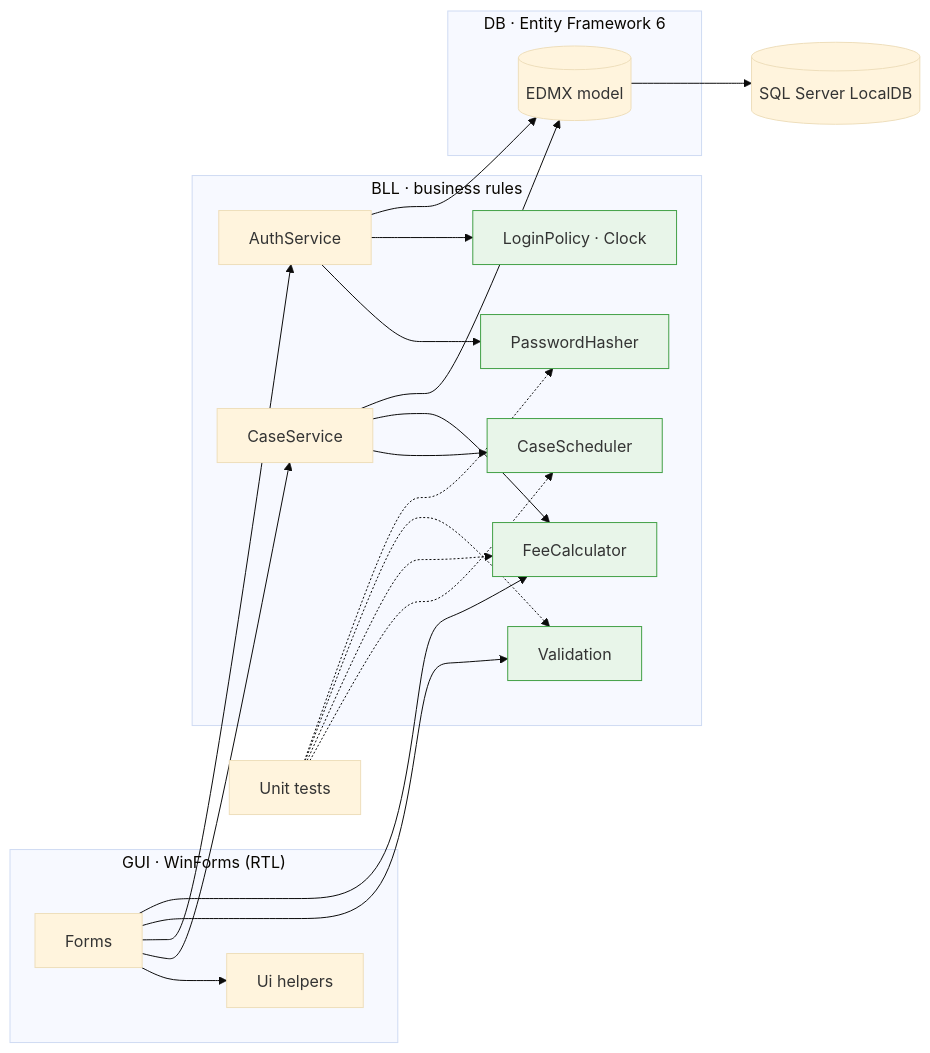
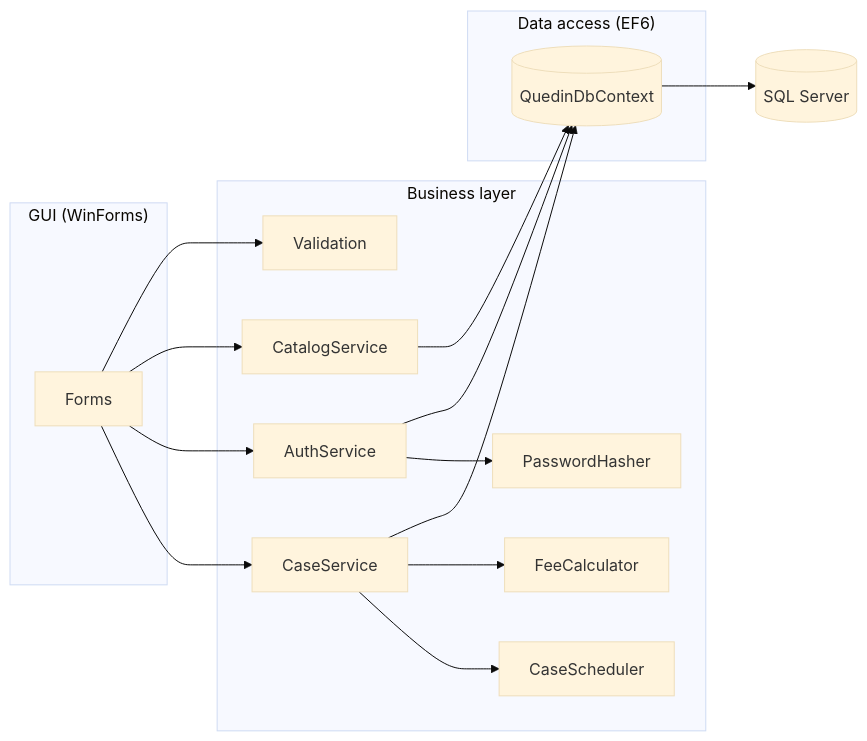
Before and after one commit to shirushit/LawrerProject: the first of 2 diagrams in README.md, drawn with Mermaid (base theme). The commit also changed other lines of this file and 6 other files, not shown here.

````diff
--- a/README.md
+++ b/README.md
@@ -106,24 +112,22 @@
 ```mermaid
 flowchart LR
-    subgraph GUI["GUI · WinForms (RTL)"]
-        F[Forms] --> U[Ui helpers]
+    subgraph GUI["GUI (WinForms)"]
+        F[Forms]
     end
-    subgraph BLL["BLL · business rules"]
-        S[CaseScheduler]:::pure
-        C[FeeCalculator]:::pure
-        V[Validation]:::pure
-        H[PasswordHasher]:::pure
-        L[LoginPolicy · Clock]:::pure
+    subgraph BLL["Business layer"]
+        S[CaseScheduler]
+        C[FeeCalculator]
+        V[Validation]
+        H[PasswordHasher]
         CS[CaseService]
         AS[AuthService]
+        CAT[CatalogService]
     end
-    subgraph DAL["DB · Entity Framework 6"]
-        M[(EDMX model)]
+    subgraph DAL["Data access (EF6)"]
+        M[(QuedinDbContext)]
     end
-    F --> CS & AS & V & C
+    F --> CS & AS & CAT & V
     CS --> S & C
-    AS --> H & L
-    CS & AS --> M --> SQL[(SQL Server LocalDB)]
-    T[Unit tests] -.-> S & C & V & H
-    classDef pure fill:#e8f5e9,stroke:#43a047
+    AS --> H
+    CS & AS & CAT --> M --> SQL[(SQL Server)]
 ```
````
